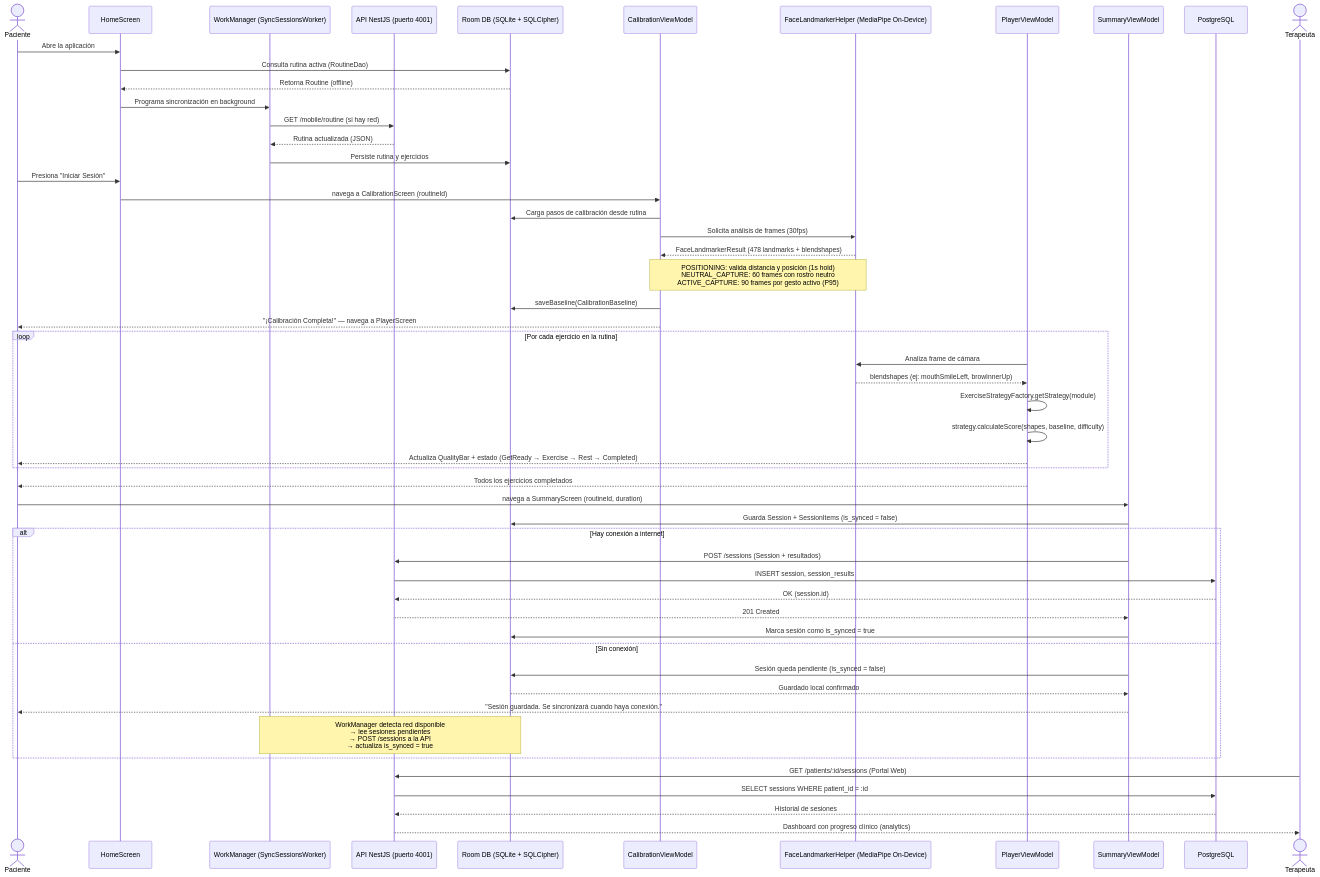
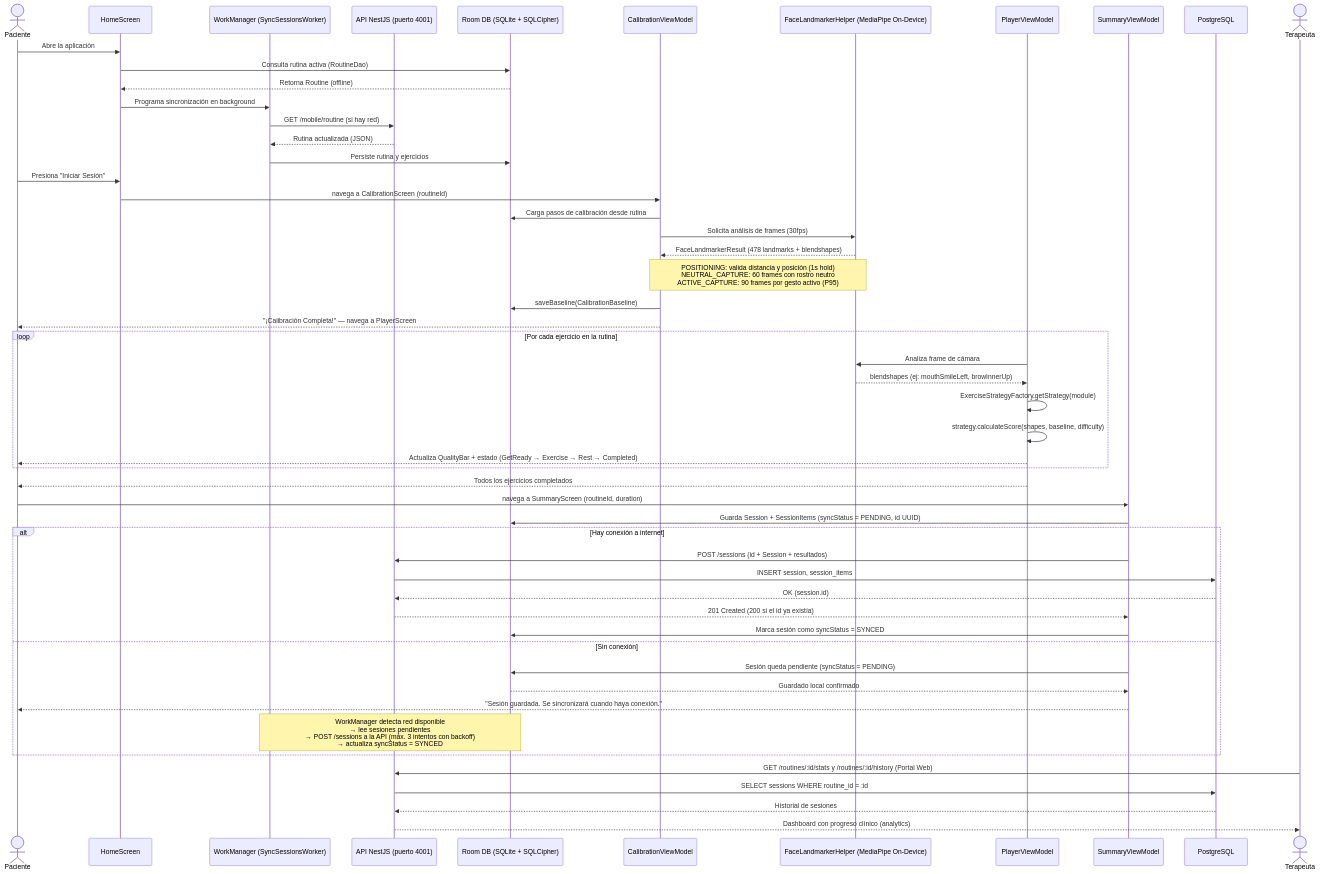
The fourth of 4 diagrams in docs/diagramas-arquitectura.md (Alejando/symma-platform), drawn with Mermaid before and after one commit. The commit also changed other lines of this file and 8 other files, not shown here.

````diff
--- a/docs/diagramas-arquitectura.md
+++ b/docs/diagramas-arquitectura.md
@@ -176,63 +177,63 @@
 ```mermaid
 sequenceDiagram
     actor Paciente
     participant HomeScreen
     participant WorkManager as WorkManager (SyncSessionsWorker)
     participant API as API NestJS (puerto 4001)
     participant RoomDB as Room DB (SQLite + SQLCipher)
     participant CalibrationVM as CalibrationViewModel
     participant MediaPipe as FaceLandmarkerHelper (MediaPipe On-Device)
     participant PlayerVM as PlayerViewModel
     participant SummaryVM as SummaryViewModel
     participant PostgreSQL
     actor Terapeuta
 
     Paciente->>HomeScreen: Abre la aplicación
     HomeScreen->>RoomDB: Consulta rutina activa (RoutineDao)
     RoomDB-->>HomeScreen: Retorna Routine (offline)
     HomeScreen->>WorkManager: Programa sincronización en background
     WorkManager->>API: GET /mobile/routine (si hay red)
     API-->>WorkManager: Rutina actualizada (JSON)
     WorkManager->>RoomDB: Persiste rutina y ejercicios
 
     Paciente->>HomeScreen: Presiona "Iniciar Sesión"
     HomeScreen->>CalibrationVM: navega a CalibrationScreen (routineId)
     CalibrationVM->>RoomDB: Carga pasos de calibración desde rutina
     CalibrationVM->>MediaPipe: Solicita análisis de frames (30fps)
     MediaPipe-->>CalibrationVM: FaceLandmarkerResult (478 landmarks + blendshapes)
 
     Note over CalibrationVM,MediaPipe: POSITIONING: valida distancia y posición (1s hold)<br/>NEUTRAL_CAPTURE: 60 frames con rostro neutro<br/>ACTIVE_CAPTURE: 90 frames por gesto activo (P95)
 
     CalibrationVM->>RoomDB: saveBaseline(CalibrationBaseline)
     CalibrationVM-->>Paciente: "¡Calibración Completa!" — navega a PlayerScreen
 
     loop Por cada ejercicio en la rutina
         PlayerVM->>MediaPipe: Analiza frame de cámara
         MediaPipe-->>PlayerVM: blendshapes (ej: mouthSmileLeft, browInnerUp)
         PlayerVM->>PlayerVM: ExerciseStrategyFactory.getStrategy(module)
         PlayerVM->>PlayerVM: strategy.calculateScore(shapes, baseline, difficulty)
         PlayerVM-->>Paciente: Actualiza QualityBar + estado (GetReady → Exercise → Rest → Completed)
     end
 
     PlayerVM-->>Paciente: Todos los ejercicios completados
     Paciente->>SummaryVM: navega a SummaryScreen (routineId, duration)
-    SummaryVM->>RoomDB: Guarda Session + SessionItems (is_synced = false)
+    SummaryVM->>RoomDB: Guarda Session + SessionItems (syncStatus = PENDING, id UUID)
 
     alt Hay conexión a internet
-        SummaryVM->>API: POST /sessions (Session + resultados)
-        API->>PostgreSQL: INSERT session, session_results
+        SummaryVM->>API: POST /sessions (id + Session + resultados)
+        API->>PostgreSQL: INSERT session, session_items
         PostgreSQL-->>API: OK (session.id)
-        API-->>SummaryVM: 201 Created
-        SummaryVM->>RoomDB: Marca sesión como is_synced = true
+        API-->>SummaryVM: 201 Created (200 si el id ya existía)
+        SummaryVM->>RoomDB: Marca sesión como syncStatus = SYNCED
     else Sin conexión
-        SummaryVM->>RoomDB: Sesión queda pendiente (is_synced = false)
+        SummaryVM->>RoomDB: Sesión queda pendiente (syncStatus = PENDING)
         RoomDB-->>SummaryVM: Guardado local confirmado
         SummaryVM-->>Paciente: "Sesión guardada. Se sincronizará cuando haya conexión."
-        Note over WorkManager,RoomDB: WorkManager detecta red disponible<br/>→ lee sesiones pendientes<br/>→ POST /sessions a la API<br/>→ actualiza is_synced = true
+        Note over WorkManager,RoomDB: WorkManager detecta red disponible<br/>→ lee sesiones pendientes<br/>→ POST /sessions a la API (máx. 3 intentos con backoff)<br/>→ actualiza syncStatus = SYNCED
     end
 
-    Terapeuta->>API: GET /patients/:id/sessions (Portal Web)
-    API->>PostgreSQL: SELECT sessions WHERE patient_id = :id
+    Terapeuta->>API: GET /routines/:id/stats y /routines/:id/history (Portal Web)
+    API->>PostgreSQL: SELECT sessions WHERE routine_id = :id
     PostgreSQL-->>API: Historial de sesiones
     API-->>Terapeuta: Dashboard con progreso clínico (analytics)
 ```
````
